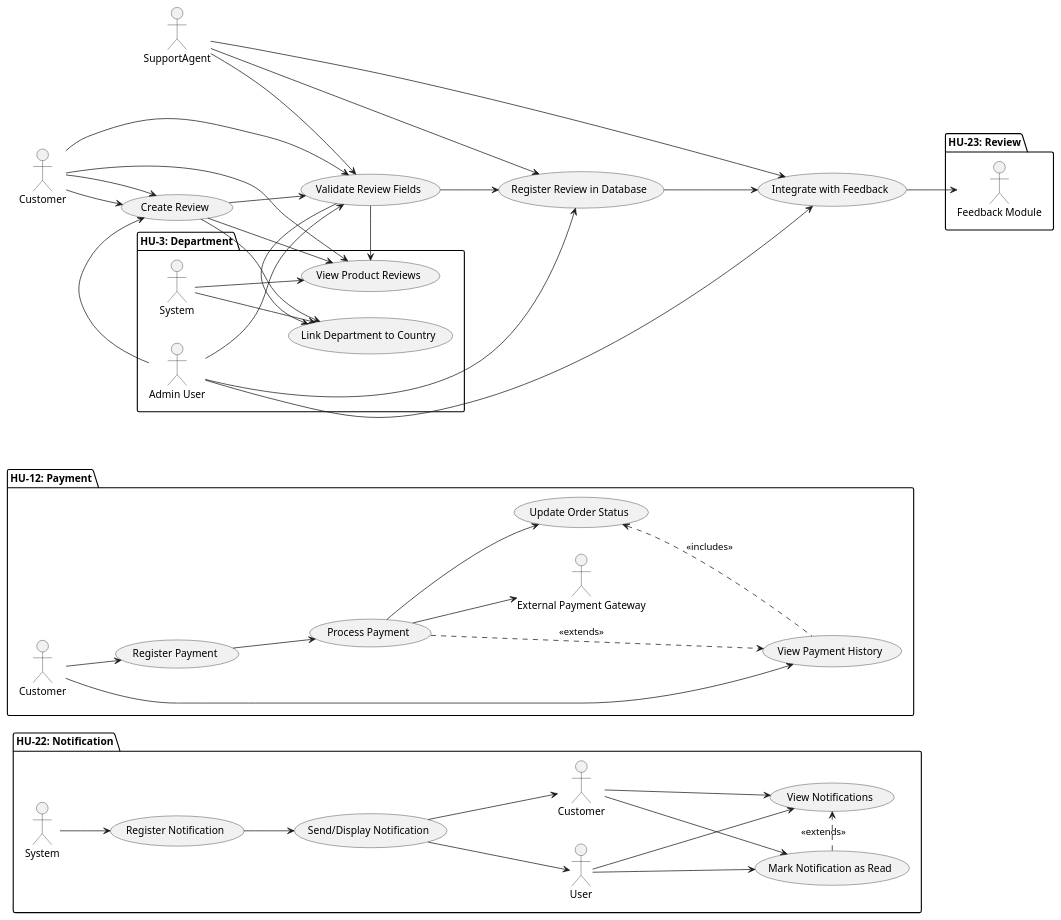
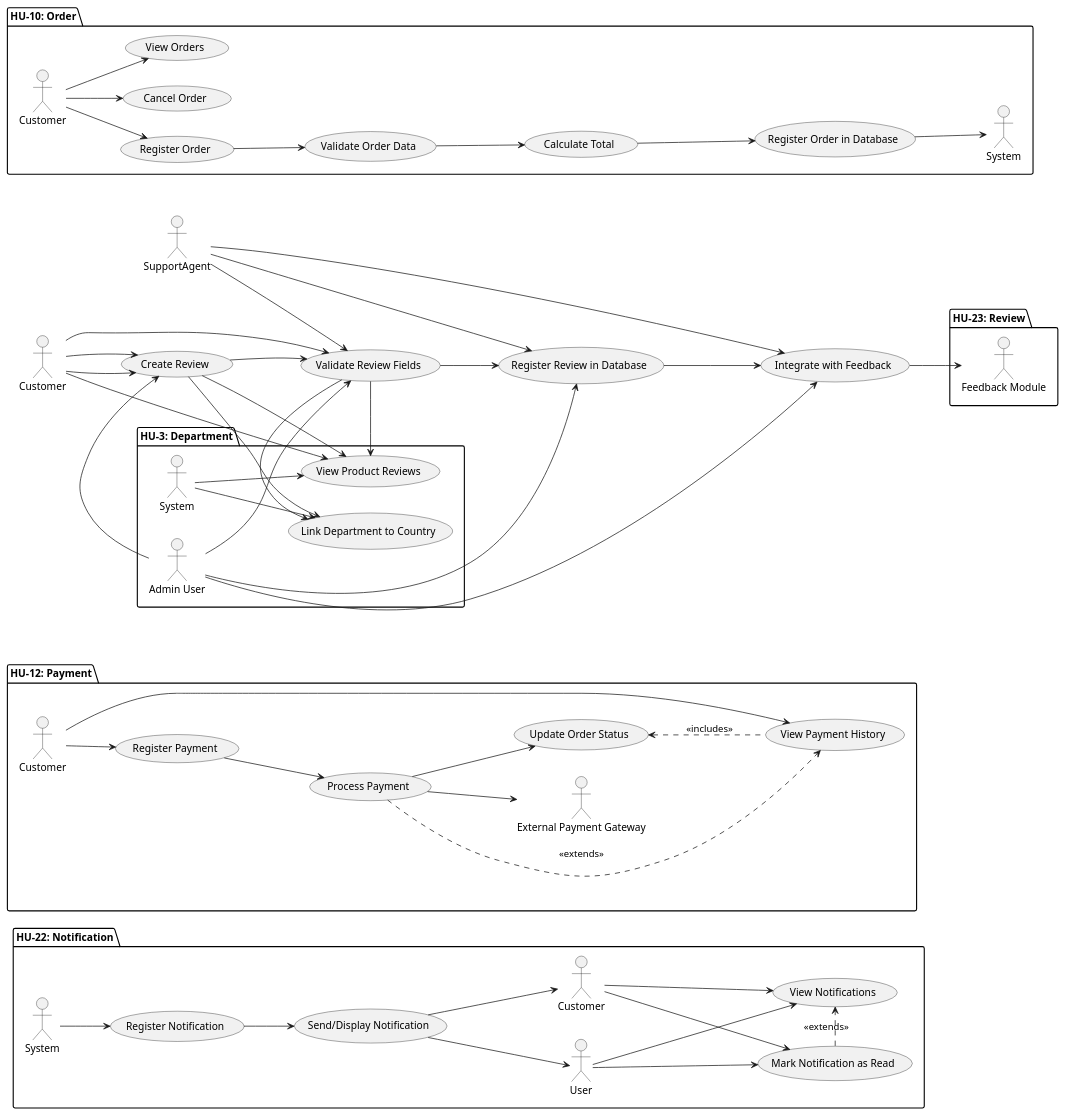
Before and after one commit to code-sena/laboratory-2899747: the diagram in document/architecture/usecase.wsd, drawn with PlantUML.

Commit message:
feat(order): implement Order entity and database relation

```diff
--- a/document/architecture/usecase.wsd
+++ b/document/architecture/usecase.wsd
@@ -1,120 +1,145 @@
 @startuml
 actor Customer
 actor SupportAgent
 
 usecase "Register Support Ticket" as UC1
 usecase "View Support Ticket" as UC2
 usecase "Update Support Ticket" as UC3
 usecase "Close Support Ticket" as UC4
 
 Customer --> UC1
 Customer --> UC2
 SupportAgent --> UC2
 SupportAgent --> UC3
 SupportAgent --> UC4
   left to right direction
 
   package "HU-3: Department" {
 
     'Actors
     actor "Admin User" as Admin
     actor "System" as System
 
     'Use Cases
     usecase "Register Department" as UC1
     usecase "Update Department" as UC2
     usecase "Deactivate Department" as UC3
     usecase "View Departments" as UC4
     usecase "Validate Uniqueness & Format" as UC5
     usecase "Link Department to Country" as UC6
 
     'Relationships
     Admin --> UC1
     Admin --> UC2
     Admin --> UC3
     Admin --> UC4
 
     UC1 --> UC5
     UC1 --> UC6
 
     UC2 --> UC5
     UC2 --> UC6
 
     System --> UC5
     System --> UC6
   }
   
   package "HU-22: Notification" {
 
     'Actors'
     actor "System" as SystemN
     actor "User" as UserN
     actor "Customer" as CustomerN
 
     'Use Cases'
     usecase "Register Notification" as UCN1
     usecase "Send/Display Notification" as UCN2
     usecase "Mark Notification as Read" as UCN3
     usecase "View Notifications" as UCN4
 
     'Relationships'
     SystemN --> UCN1
     UCN1 --> UCN2
     UCN2 --> UserN
     UCN2 --> CustomerN
 
     UserN --> UCN3
     CustomerN --> UCN3
 
     UserN --> UCN4
     CustomerN --> UCN4
 
     UCN3 .> UCN4 : <<extends>>
   }
 
   package "HU-12: Payment" {
 
     'Actors'
     actor "Customer" as CustomerP
     actor "External Payment Gateway" as PaymentGatewayP
 
     'Use Cases'
     usecase "Register Payment" as UCP1
     usecase "Process Payment" as UCP2
     usecase "Update Order Status" as UCP3
     usecase "View Payment History" as UCP4
 
     'Relationships'
     CustomerP --> UCP1
     CustomerP --> UCP4
 
     UCP1 --> UCP2
     UCP2 --> PaymentGatewayP
     UCP2 .> UCP4 : <<extends>>
     UCP3 <.. UCP4 : <<includes>>
 
     UCP2 --> UCP3
   }
 
     package "HU-23: Review" {
 
     'Actors'
     actor "Customer" as Customer
     actor "Feedback Module" as FeedbackModule
 
     'Use Cases'
     usecase "Create Review" as UC1
     usecase "Validate Review Fields" as UC2
     usecase "Register Review in Database" as UC3
     usecase "Integrate with Feedback" as UC4
     usecase "View Product Reviews" as UC5
 
     'Relationships'
     Customer --> UC1
     UC1 --> UC2
     UC2 --> UC3
     UC3 --> UC4
     UC4 --> FeedbackModule
     Customer --> UC5
   }
+
+   package "HU-10: Order" {
+
+    'Actors'
+    actor "Customer" as CustomerO
+    actor "System" as SystemO
+
+    'Use Cases'
+    usecase "Register Order" as UCO1
+    usecase "Validate Order Data" as UCO2
+    usecase "Calculate Total" as UCO3
+    usecase "Register Order in Database" as UCO4
+    usecase "Cancel Order" as UCO5
+    usecase "View Orders" as UCO6
+
+    'Relationships'
+    CustomerO --> UCO1
+    CustomerO --> UCO5
+    CustomerO --> UCO6
+
+    UCO1 --> UCO2
+    UCO2 --> UCO3
+    UCO3 --> UCO4
+    UCO4 --> SystemO
+  }
 @enduml
```
